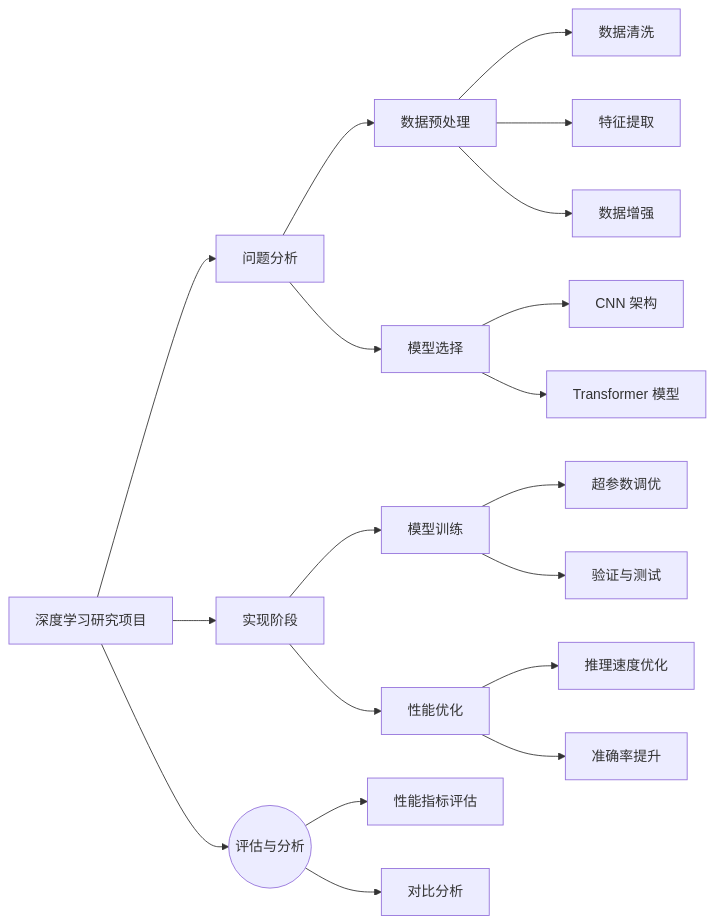
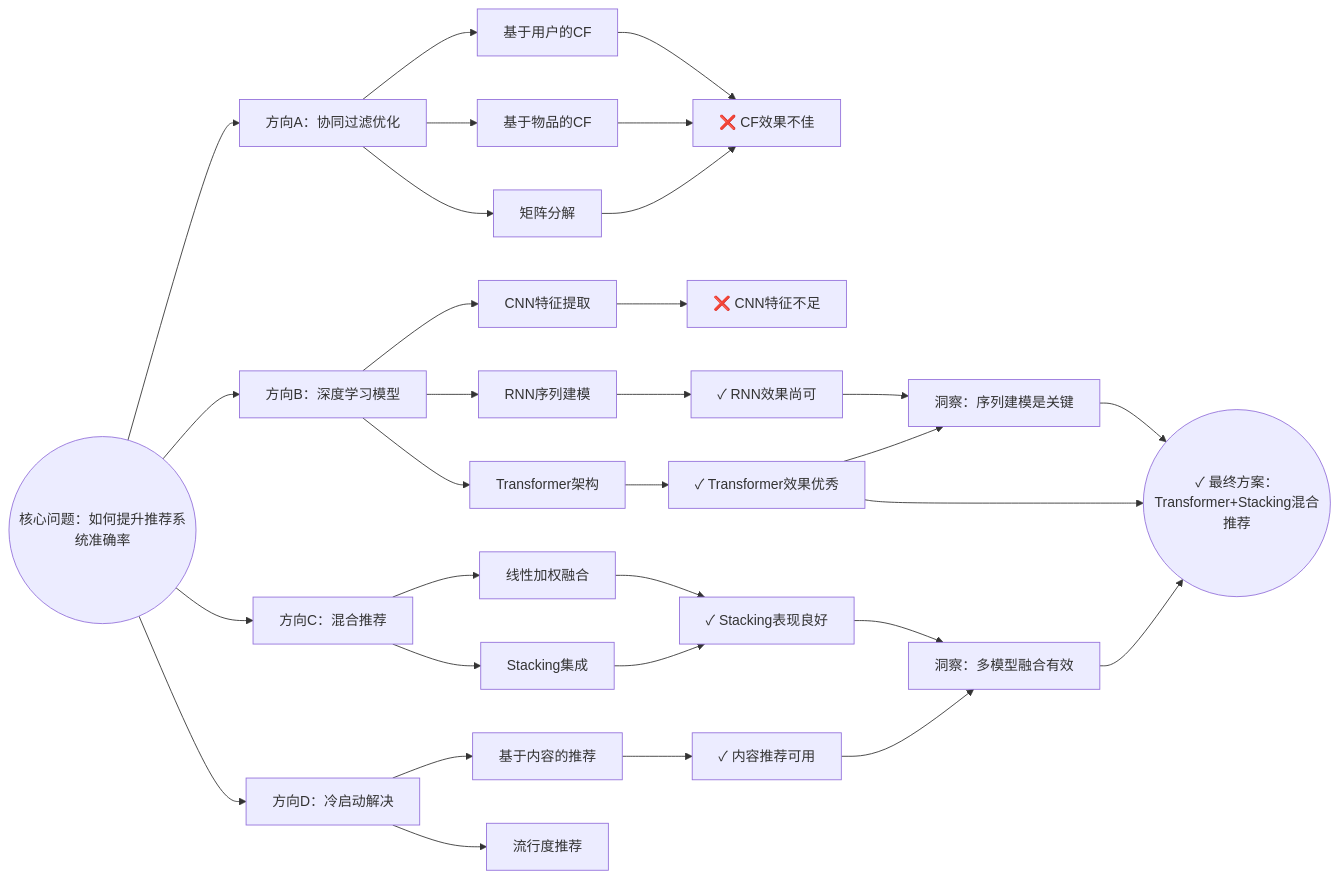
Before and after one commit to insogao/todolist: the diagram in public/data/graph.mmd, drawn with Mermaid. The commit also changed 6 other files, not shown here.

```diff
--- a/public/data/graph.mmd
+++ b/public/data/graph.mmd
@@ -1,38 +1,55 @@
 graph LR
-research_goal[深度学习研究项目]
-problem_analysis[问题分析]
-data_preprocessing[数据预处理]
-data_cleaning[数据清洗]
-feature_extraction[特征提取]
-data_augmentation[数据增强]
-model_selection[模型选择]
-cnn_model[CNN 架构]
-transformer[Transformer 模型]
-implementation[实现阶段]
-training[模型训练]
-hyperparameter[超参数调优]
-validation[验证与测试]
-optimization[性能优化]
-speed_opt[推理速度优化]
-accuracy_opt[准确率提升]
-evaluation((评估与分析))
-metrics[性能指标评估]
-comparison[对比分析]
-research_goal --> problem_analysis
-problem_analysis --> data_preprocessing
-data_preprocessing --> data_cleaning
-data_preprocessing --> feature_extraction
-data_preprocessing --> data_augmentation
-problem_analysis --> model_selection
-model_selection --> cnn_model
-model_selection --> transformer
-research_goal --> implementation
-implementation --> training
-training --> hyperparameter
-training --> validation
-implementation --> optimization
-optimization --> speed_opt
-optimization --> accuracy_opt
-research_goal --> evaluation
-evaluation --> metrics
-evaluation --> comparison
+problem((核心问题：如何提升推荐系统准确率))
+approach_1[方向A：协同过滤优化]
+approach_2[方向B：深度学习模型]
+approach_3[方向C：混合推荐]
+approach_4[方向D：冷启动解决]
+cf_user[基于用户的CF]
+cf_item[基于物品的CF]
+cf_matrix[矩阵分解]
+dl_cnn[CNN特征提取]
+dl_rnn[RNN序列建模]
+dl_transformer[Transformer架构]
+hybrid_linear[线性加权融合]
+hybrid_stacking[Stacking集成]
+cold_content[基于内容的推荐]
+cold_popularity[流行度推荐]
+result_cf_fail[❌ CF效果不佳]
+result_cnn_fail[❌ CNN特征不足]
+result_rnn_ok[✓ RNN效果尚可]
+result_transformer_good[✓ Transformer效果优秀]
+result_stacking_good[✓ Stacking表现良好]
+result_content_ok[✓ 内容推荐可用]
+insight_1[洞察：序列建模是关键]
+insight_2[洞察：多模型融合有效]
+conclusion((✓ 最终方案：Transformer+Stacking混合推荐))
+problem --> approach_1
+problem --> approach_2
+problem --> approach_3
+problem --> approach_4
+approach_1 --> cf_user
+approach_1 --> cf_item
+approach_1 --> cf_matrix
+approach_2 --> dl_cnn
+approach_2 --> dl_rnn
+approach_2 --> dl_transformer
+approach_3 --> hybrid_linear
+approach_3 --> hybrid_stacking
+approach_4 --> cold_content
+approach_4 --> cold_popularity
+cf_user --> result_cf_fail
+cf_item --> result_cf_fail
+cf_matrix --> result_cf_fail
+dl_cnn --> result_cnn_fail
+dl_rnn --> result_rnn_ok
+dl_transformer --> result_transformer_good
+hybrid_linear --> result_stacking_good
+hybrid_stacking --> result_stacking_good
+cold_content --> result_content_ok
+result_rnn_ok --> insight_1
+result_transformer_good --> insight_1
+result_stacking_good --> insight_2
+result_content_ok --> insight_2
+insight_1 --> conclusion
+insight_2 --> conclusion
+result_transformer_good --> conclusion
```
